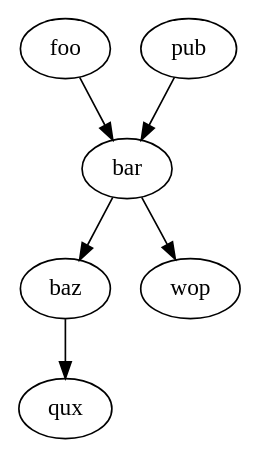
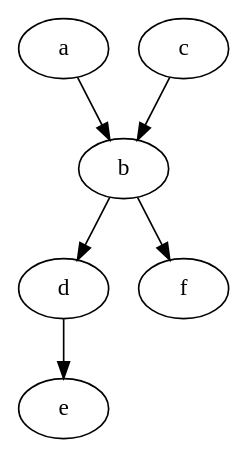
The diagram in src/tutorial/scheduling/graphing.rst (cylc/cylc-doc), drawn with Graphviz before and after one commit. The commit also changed other lines of this file and 1 other file, not shown here.

Commit message:
tutorial: change foo, bar, baz to a, b, c

```diff
--- a/src/tutorial/scheduling/graphing.rst
+++ b/src/tutorial/scheduling/graphing.rst
@@ -344,5 +344,5 @@
       .. digraph:: graph_tutorial
          :align: center
 
-         foo -> bar -> baz -> qux
-         pub -> bar -> wop
+         a -> b -> d -> e
+         c -> b -> f
```
